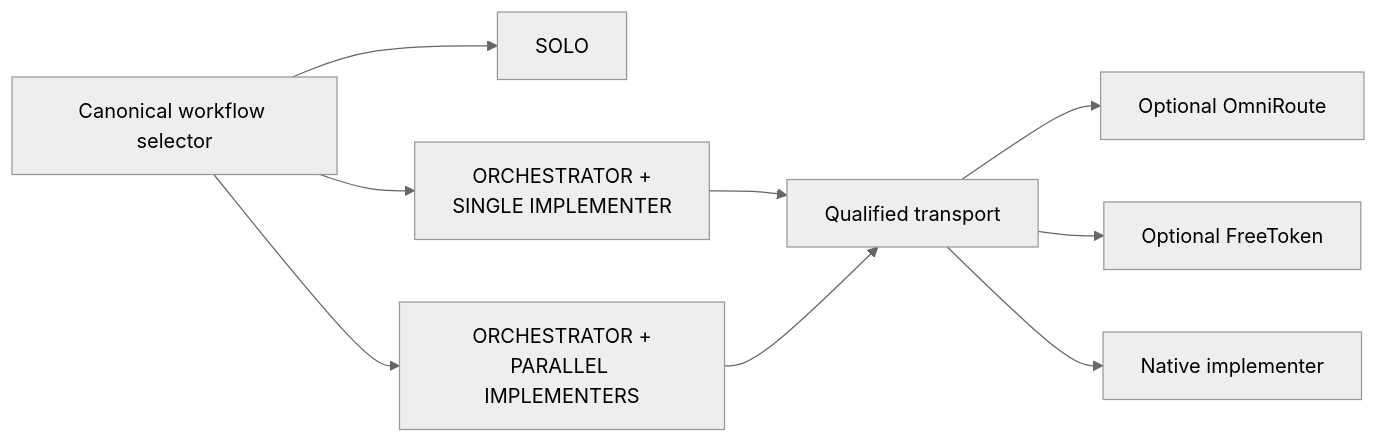
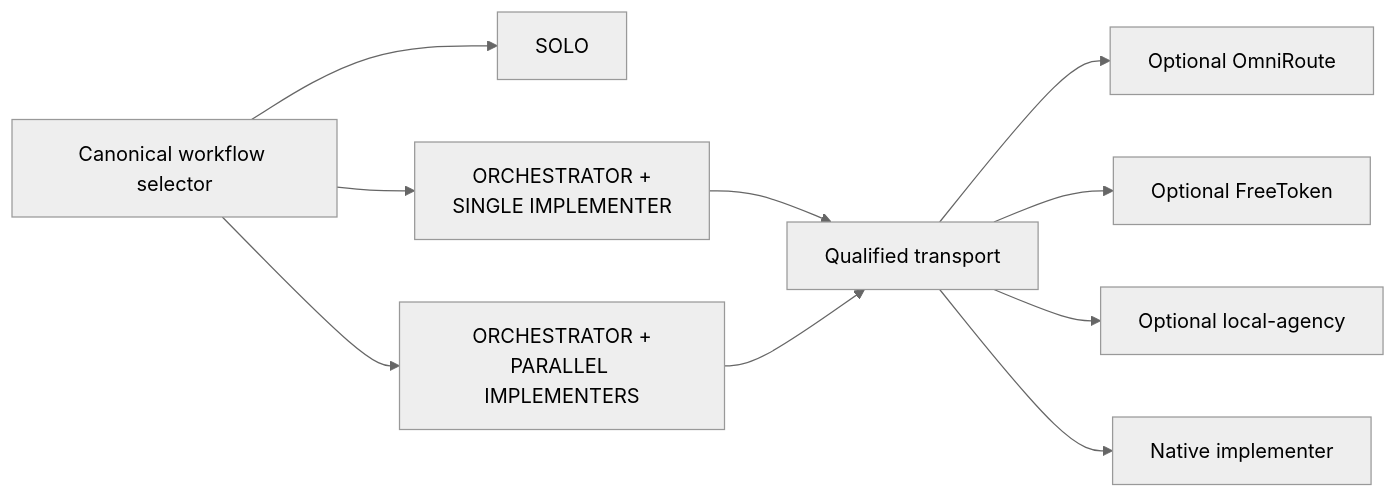
Before and after one commit to ShaftHQ/SHAFT_ENGINE: the third of 4 diagrams in .agents/skills/README.md, drawn with Mermaid (neutral theme). The commit also changed other lines of this file and 15 other files, not shown here.

First line of the commit message:
feat(chaos-engine): local-agency OpenCode routing to READY runtimes

````diff
--- a/.agents/skills/README.md
+++ b/.agents/skills/README.md
@@ -75,11 +75,12 @@
 ```mermaid
 flowchart LR
     W["Canonical workflow selector"] --> S["SOLO"]
     W --> O1["ORCHESTRATOR +<br/>SINGLE IMPLEMENTER"]
     W --> OP["ORCHESTRATOR +<br/>PARALLEL IMPLEMENTERS"]
     O1 --> T["Qualified transport"]
     OP --> T
     T --> OR["Optional OmniRoute"]
     T --> FT["Optional FreeToken"]
+    T --> LA["Optional local-agency"]
     T --> N["Native implementer"]
 ```
````
